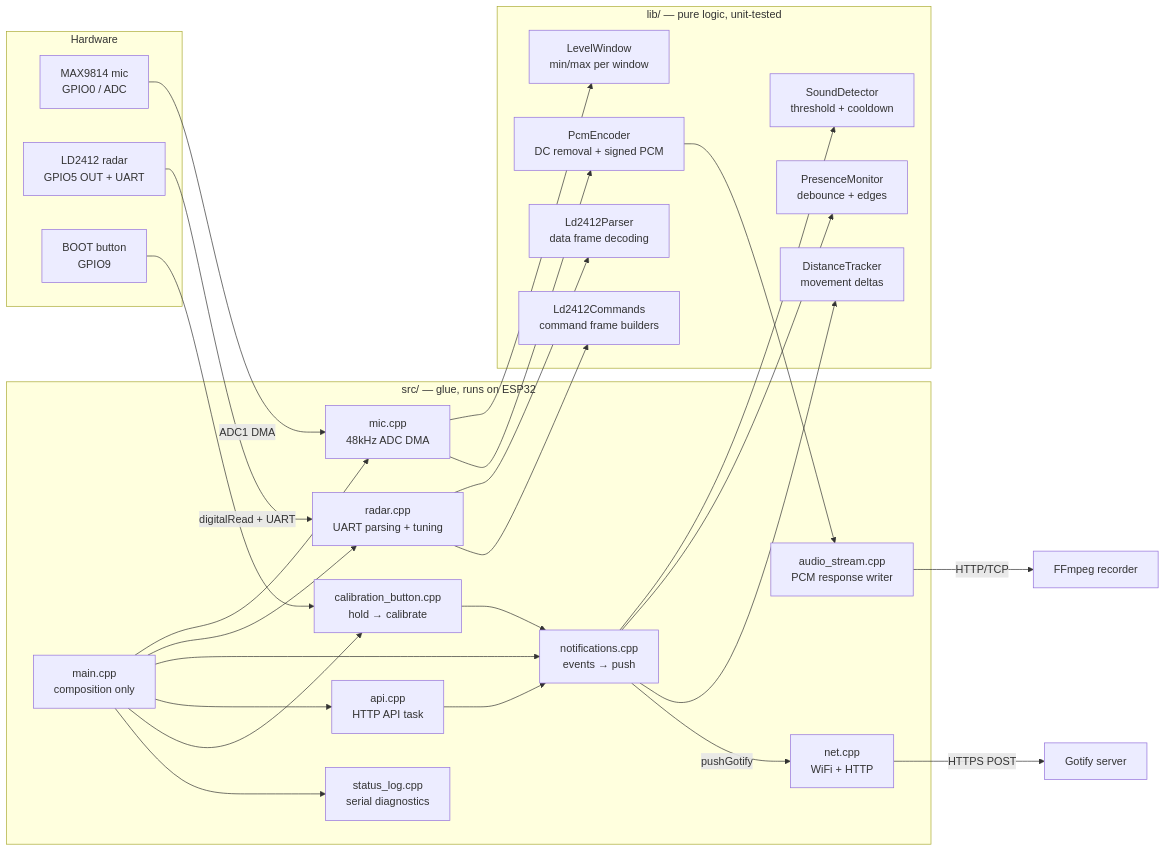
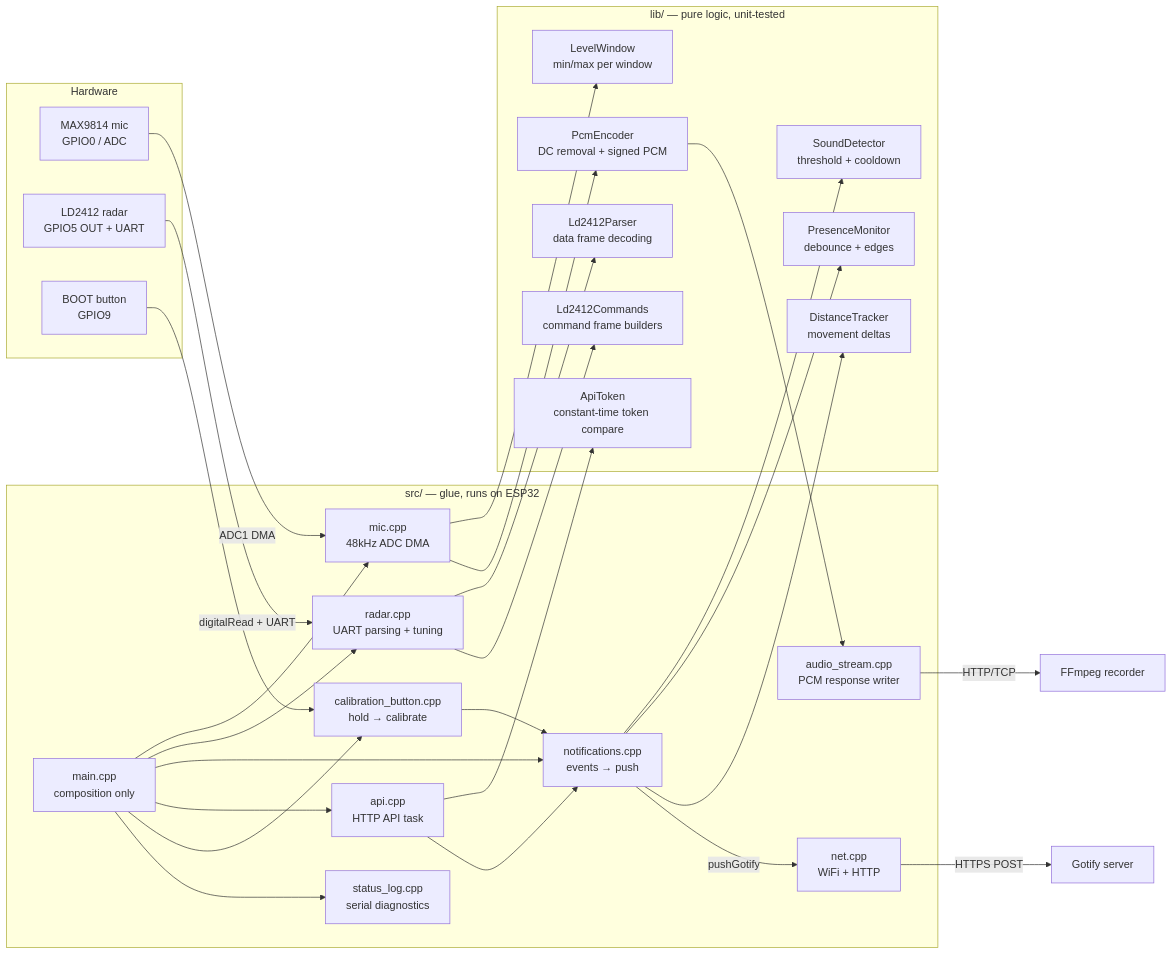
The diagram in docs/architecture.md (patbaumgartner/esp32-room-watchdog), drawn with Mermaid before and after one commit. The commit also changed other lines of this file and 8 other files, not shown here.

First line of the commit message:
test(api): move the token comparison into lib/ and cover it

````diff
--- a/docs/architecture.md
+++ b/docs/architecture.md
@@ -15,48 +15,50 @@
 ```mermaid
 flowchart LR
     subgraph hardware [Hardware]
         MIC[MAX9814 mic<br/>GPIO0 / ADC]
         RADAR[LD2412 radar<br/>GPIO5 OUT + UART]
         BTN[BOOT button<br/>GPIO9]
     end
 
     subgraph src [src/ — glue, runs on ESP32]
         LOOP[main.cpp<br/>composition only]
         MICG[mic.cpp<br/>48kHz ADC DMA]
         AUDIO[audio_stream.cpp<br/>PCM response writer]
         RADG[radar.cpp<br/>UART parsing + tuning]
         NOTIF[notifications.cpp<br/>events → push]
         API[api.cpp<br/>HTTP API task]
         CBTN[calibration_button.cpp<br/>hold → calibrate]
         SLOG[status_log.cpp<br/>serial diagnostics]
         NET[net.cpp<br/>WiFi + HTTP]
     end
 
     subgraph lib [lib/ — pure logic, unit-tested]
         LW[LevelWindow<br/>min/max per window]
         PCM[PcmEncoder<br/>DC removal + signed PCM]
+        AT[ApiToken<br/>constant-time token compare]
         SD[SoundDetector<br/>threshold + cooldown]
         PM[PresenceMonitor<br/>debounce + edges]
         DT[DistanceTracker<br/>movement deltas]
         LP[Ld2412Parser<br/>data frame decoding]
         LC[Ld2412Commands<br/>command frame builders]
     end
 
     MIC -->|ADC1 DMA| MICG --> LW
     MICG --> PCM --> AUDIO -->|HTTP/TCP| RECORDER[FFmpeg recorder]
     RADAR -->|digitalRead + UART| RADG --> LP
     RADG --> LC
     BTN --> CBTN
     LOOP --> MICG
     LOOP --> RADG
     LOOP --> NOTIF
     LOOP --> API
+    API --> AT
     LOOP --> CBTN
     LOOP --> SLOG
     API --> NOTIF
     CBTN --> NOTIF
     NOTIF --> SD
     NOTIF --> PM
     NOTIF --> DT
     NOTIF -->|pushGotify| NET -->|HTTPS POST| GOTIFY[Gotify server]
 ```
````
